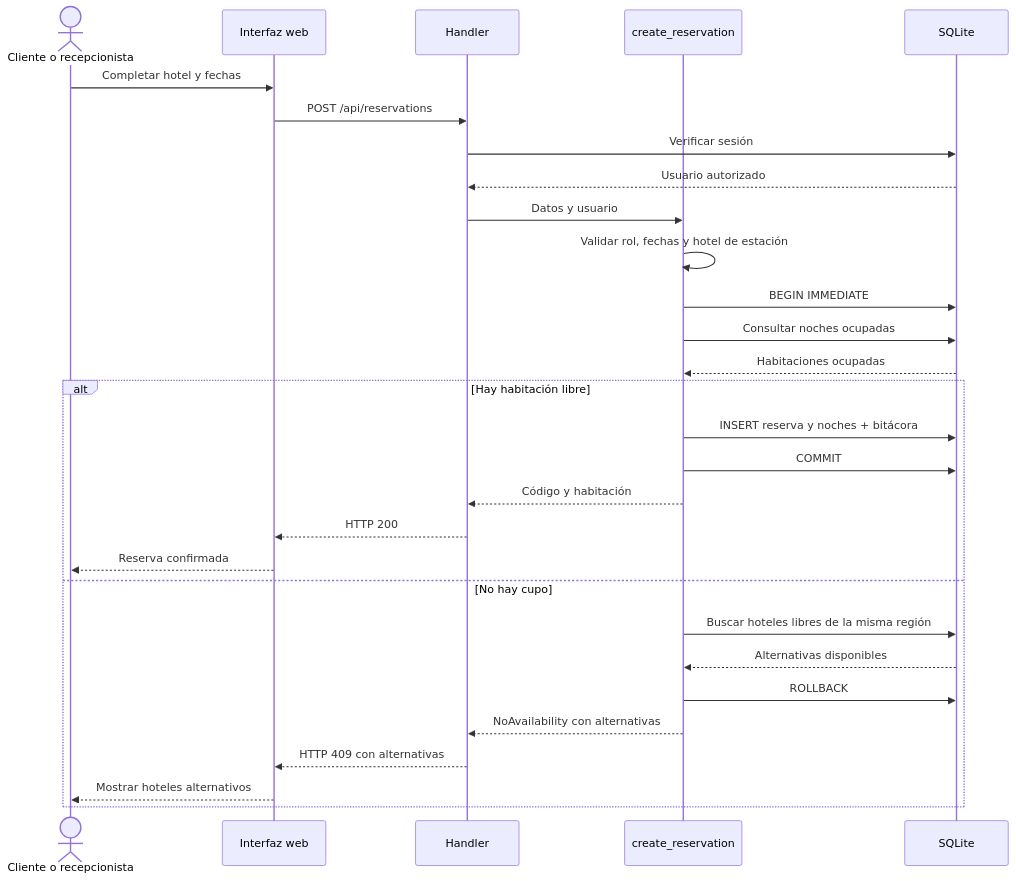
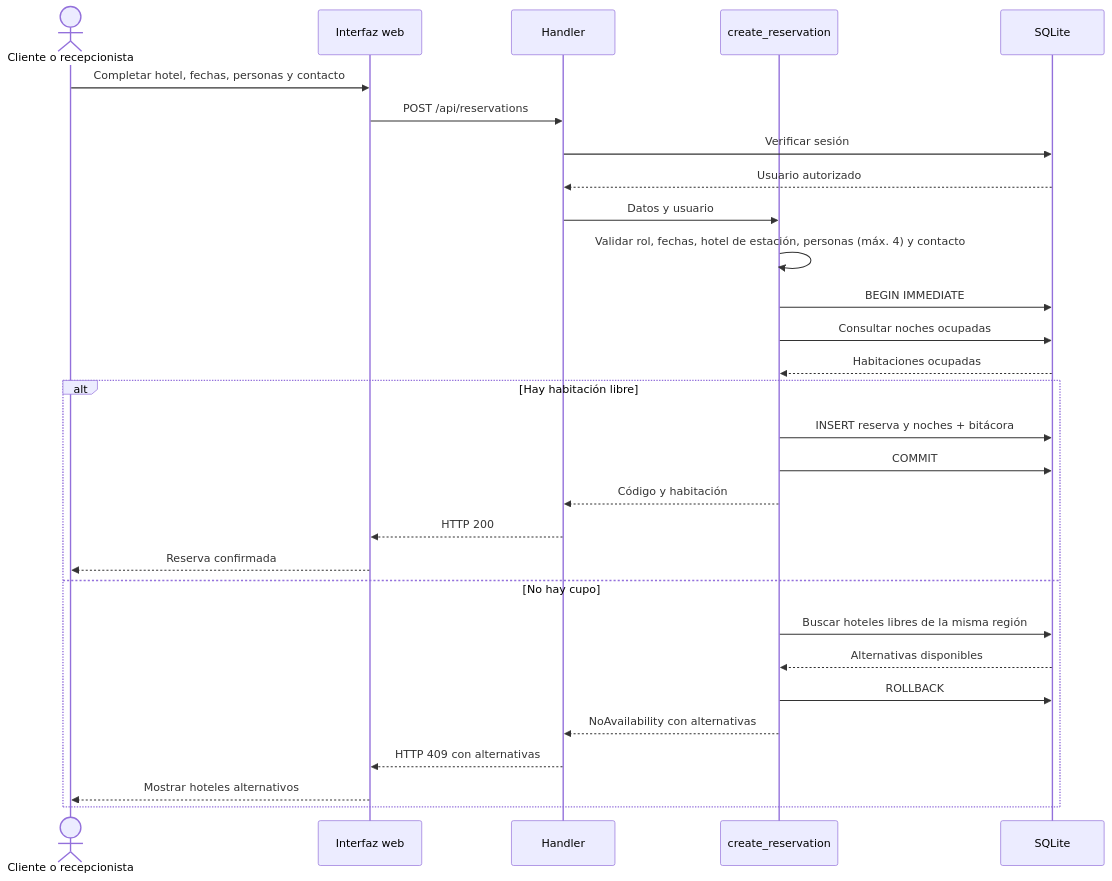
The second of 3 diagrams in Resorts-Altamar-main/docs/UML.md (yubeldoggy/Resorts-Altamar), drawn with Mermaid before and after one commit. The commit also changed other lines of this file and 11 other files, not shown here.

````diff
--- a/Resorts-Altamar-main/docs/UML.md
+++ b/Resorts-Altamar-main/docs/UML.md
@@ -64,31 +69,31 @@
 ```mermaid
 sequenceDiagram
     actor U as Cliente o recepcionista
     participant V as Interfaz web
     participant H as Handler
     participant R as create_reservation
     participant D as SQLite
-    U->>V: Completar hotel y fechas
+    U->>V: Completar hotel, fechas, personas y contacto
     V->>H: POST /api/reservations
     H->>D: Verificar sesión
     D-->>H: Usuario autorizado
     H->>R: Datos y usuario
-    R->>R: Validar rol, fechas y hotel de estación
+    R->>R: Validar rol, fechas, hotel de estación, personas (máx. 4) y contacto
     R->>D: BEGIN IMMEDIATE
     R->>D: Consultar noches ocupadas
     D-->>R: Habitaciones ocupadas
     alt Hay habitación libre
         R->>D: INSERT reserva y noches + bitácora
         R->>D: COMMIT
         R-->>H: Código y habitación
         H-->>V: HTTP 200
         V-->>U: Reserva confirmada
     else No hay cupo
         R->>D: Buscar hoteles libres de la misma región
         D-->>R: Alternativas disponibles
         R->>D: ROLLBACK
         R-->>H: NoAvailability con alternativas
         H-->>V: HTTP 409 con alternativas
         V-->>U: Mostrar hoteles alternativos
     end
 ```
````
